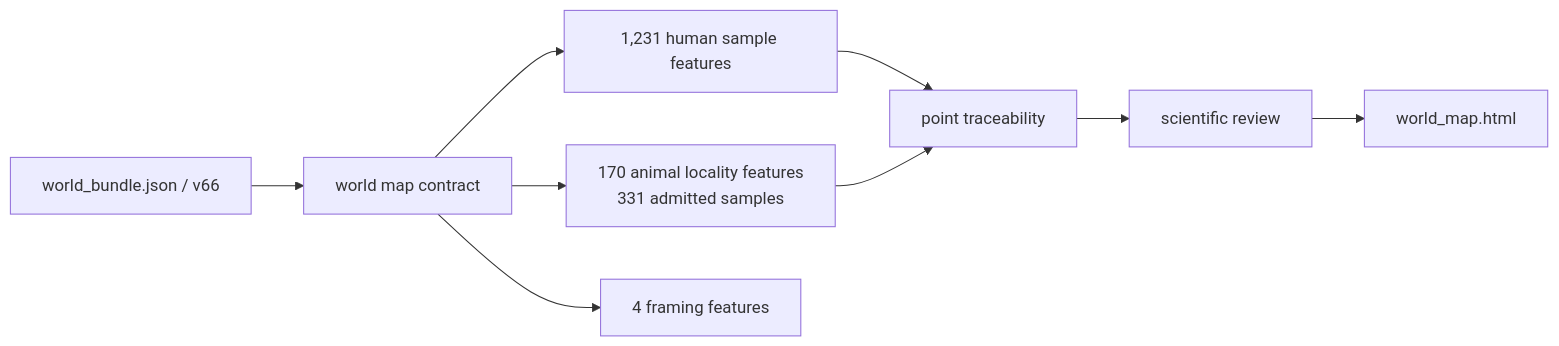
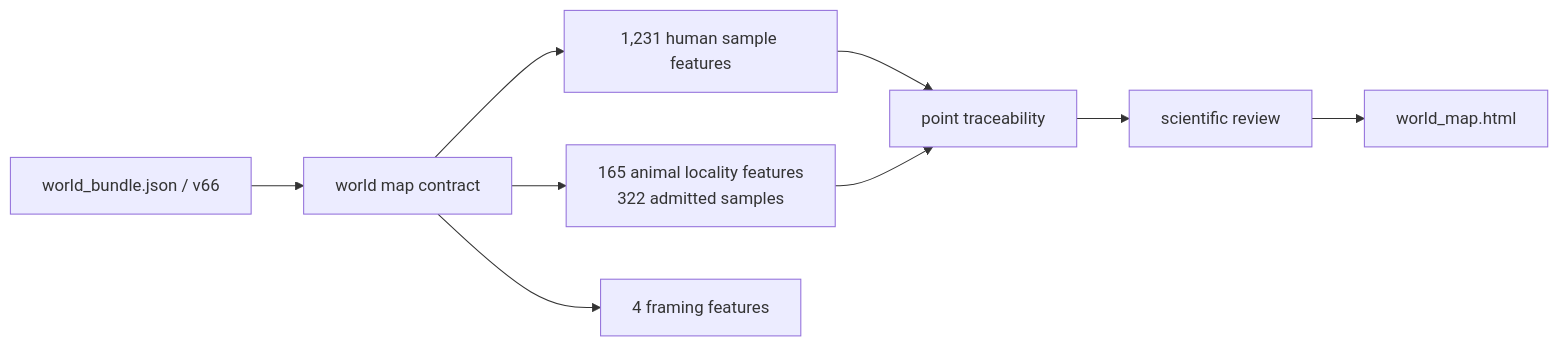
Before and after one commit to bijux/bijux-pollenomics: the eighth of 8 diagrams in docs/public/pollenomics-data/publications/index.md, drawn with Mermaid. The commit also changed other lines of this file and 956 other files, not shown here.

````diff
--- a/docs/public/pollenomics-data/publications/index.md
+++ b/docs/public/pollenomics-data/publications/index.md
@@ -278,11 +278,11 @@
 ```mermaid
 flowchart LR
     Bundle["world_bundle.json / v66"] --> Contract["world map contract"]
     Contract --> AADR["1,231 human sample features"]
-    Contract --> Animal["170 animal locality features<br/>331 admitted samples"]
+    Contract --> Animal["165 animal locality features<br/>322 admitted samples"]
     Contract --> Boundaries["4 framing features"]
     AADR --> Trace["point traceability"]
     Animal --> Trace
     Trace --> Review["scientific review"]
     Review --> Map["world_map.html"]
 ```
````
